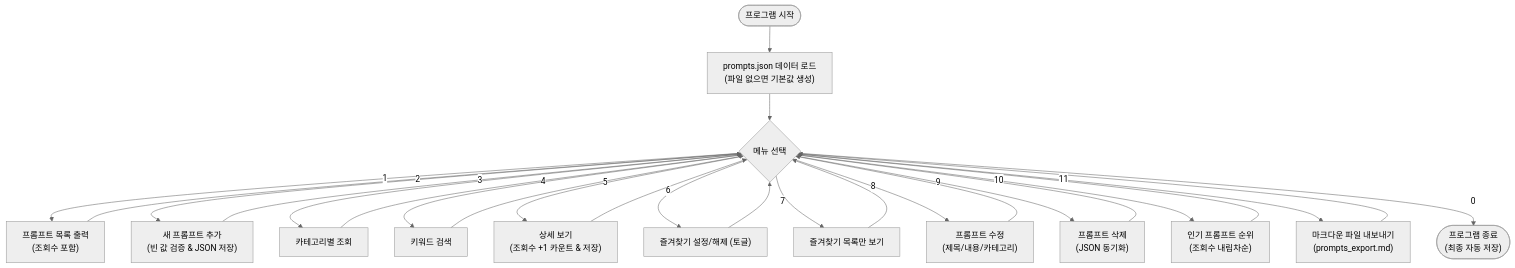
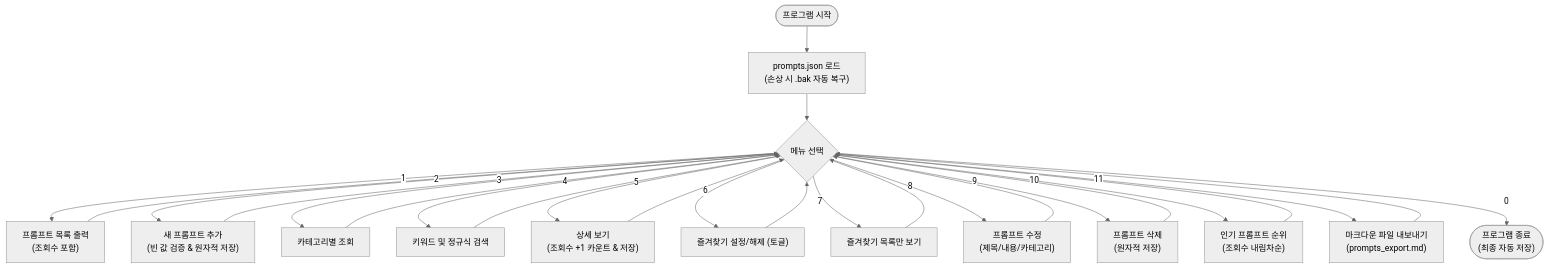
One commit to mustiolla/prompt_manager changed the diagram in README.md. Above: the diagram before and after it, drawn with Mermaid (neutral theme). The commit also changed other lines of this file and 2 other files, not shown here.

````diff
--- a/README.md
+++ b/README.md
@@ -64,30 +118,30 @@
 ```mermaid
 graph TD
-  Start([프로그램 시작]) --> LoadData["prompts.json 데이터 로드<br/>(파일 없으면 기본값 생성)"]
+  Start([프로그램 시작]) --> LoadData["prompts.json 로드<br/>(손상 시 .bak 자동 복구)"]
   LoadData --> MainMenu{메뉴 선택}
 
   MainMenu -- "1" --> ShowList["프롬프트 목록 출력<br/>(조회수 포함)"]
-  MainMenu -- "2" --> AddPrompt["새 프롬프트 추가<br/>(빈 값 검증 & JSON 저장)"]
+  MainMenu -- "2" --> AddPrompt["새 프롬프트 추가<br/>(빈 값 검증 & 원자적 저장)"]
   MainMenu -- "3" --> CategoryView["카테고리별 조회"]
-  MainMenu -- "4" --> SearchPrompt["키워드 검색"]
+  MainMenu -- "4" --> SearchPrompt["키워드 및 정규식 검색"]
   MainMenu -- "5" --> ShowDetail["상세 보기<br/>(조회수 +1 카운트 & 저장)"]
   MainMenu -- "6" --> ToggleFav["즐겨찾기 설정/해제 (토글)"]
   MainMenu -- "7" --> ShowFavs["즐겨찾기 목록만 보기"]
   MainMenu -- "8" --> ModifyPrompt["프롬프트 수정<br/>(제목/내용/카테고리)"]
-  MainMenu -- "9" --> DeletePrompt["프롬프트 삭제<br/>(JSON 동기화)"]
+  MainMenu -- "9" --> DeletePrompt["프롬프트 삭제<br/>(원자적 저장)"]
   MainMenu -- "10" --> TopPrompts["인기 프롬프트 순위<br/>(조회수 내림차순)"]
   MainMenu -- "11" --> ExportMD["마크다운 파일 내보내기<br/>(prompts_export.md)"]
   MainMenu -- "0" --> Exit(["프로그램 종료<br/>(최종 자동 저장)"])
 
   ShowList --> MainMenu
   AddPrompt --> MainMenu
   CategoryView --> MainMenu
   SearchPrompt --> MainMenu
   ShowDetail --> MainMenu
   ToggleFav --> MainMenu
   ShowFavs --> MainMenu
   ModifyPrompt --> MainMenu
   DeletePrompt --> MainMenu
   TopPrompts --> MainMenu
   ExportMD --> MainMenu
 ```
````
